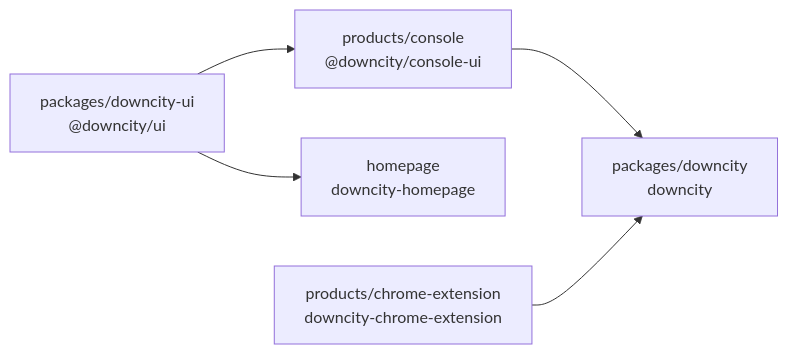
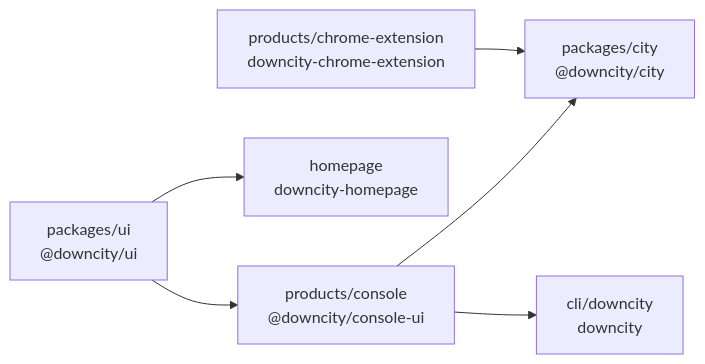
Before and after one commit to wangenius/downcity: the second of 4 diagrams in homepage/content/devdocs/zh/architecture/workspace-package-structure.mdx, drawn with Mermaid. The commit also changed other lines of this file and 278 other files, not shown here.

Commit message:
refactor(cli): split terminal packages

````diff
--- a/homepage/content/devdocs/zh/architecture/workspace-package-structure.mdx
+++ b/homepage/content/devdocs/zh/architecture/workspace-package-structure.mdx
@@ -91,13 +113,15 @@
 ```mermaid
 flowchart LR
-    UI["packages/downcity-ui<br/>@downcity/ui"]
+    UI["packages/ui<br/>@downcity/ui"]
     Console["products/console<br/>@downcity/console-ui"]
     Homepage["homepage<br/>downcity-homepage"]
-    Runtime["packages/downcity<br/>downcity"]
+    Runtime["packages/city<br/>@downcity/city"]
+    CliBundle["cli/downcity<br/>downcity"]
     Extension["products/chrome-extension<br/>downcity-chrome-extension"]
 
     UI --> Console
     UI --> Homepage
     Console --> Runtime
+    Console --> CliBundle
     Extension --> Runtime
 ```
````
